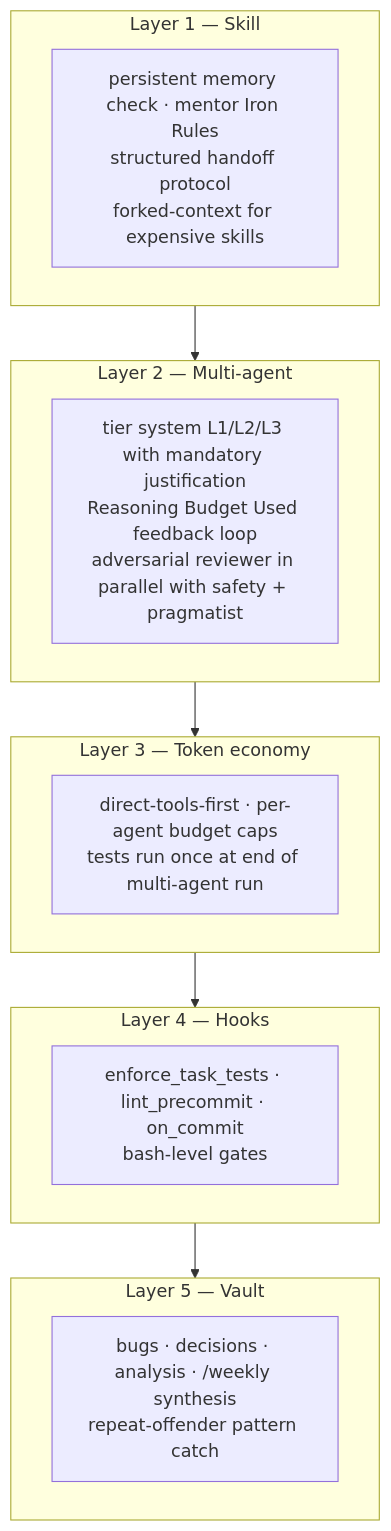
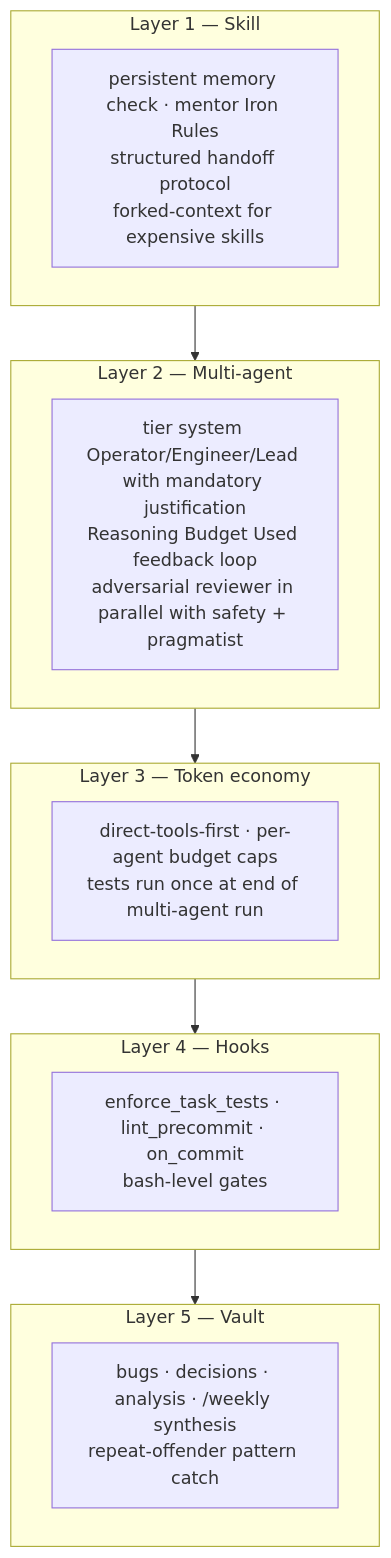
Before and after one commit to gamingfedor-dev/team-lead-harness: the second of 2 diagrams in README.md, drawn with Mermaid. The commit also changed other lines of this file and 9 other files, not shown here.

First line of the commit message:
refactor(harness): rename reasoning tiers to Operator/Engineer/Lead + rebrand to Team Lead Harness

````diff
--- a/README.md
+++ b/README.md
@@ -168,19 +168,19 @@
 ```mermaid
 flowchart TB
     subgraph L5["Layer 5 — Vault"]
         V[bugs · decisions · analysis · /weekly synthesis<br/>repeat-offender pattern catch]
     end
     subgraph L4["Layer 4 — Hooks"]
         H[enforce_task_tests · lint_precommit · on_commit<br/>bash-level gates]
     end
     subgraph L3["Layer 3 — Token economy"]
         T[direct-tools-first · per-agent budget caps<br/>tests run once at end of multi-agent run]
     end
     subgraph L2["Layer 2 — Multi-agent"]
-        M[tier system L1/L2/L3 with mandatory justification<br/>Reasoning Budget Used feedback loop<br/>adversarial reviewer in parallel with safety + pragmatist]
+        M[tier system Operator/Engineer/Lead with mandatory justification<br/>Reasoning Budget Used feedback loop<br/>adversarial reviewer in parallel with safety + pragmatist]
     end
     subgraph L1["Layer 1 — Skill"]
         S[persistent memory check · mentor Iron Rules<br/>structured handoff protocol<br/>forked-context for expensive skills]
     end
     L1 --> L2 --> L3 --> L4 --> L5
 ```
````
